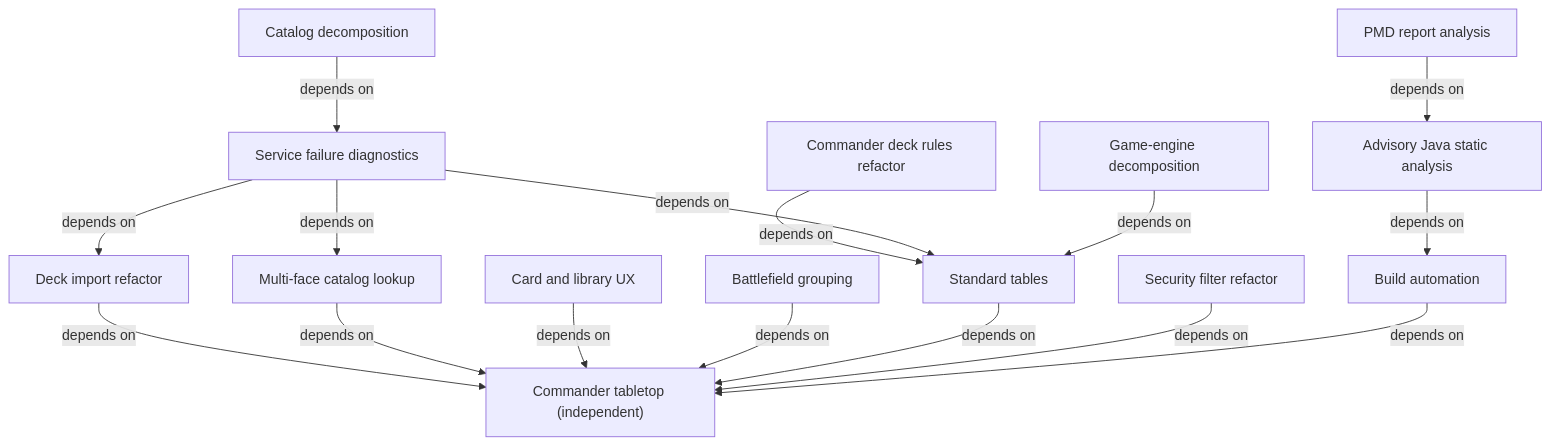
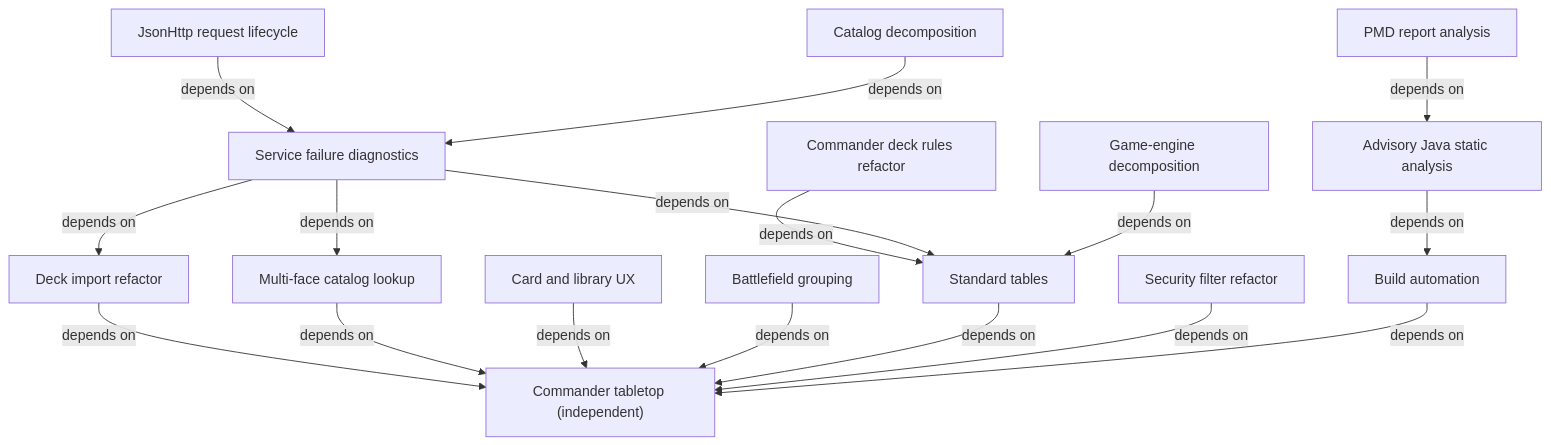
The diagram in spec/INDEX.md (gossagomez-new/mtgcmd), drawn with Mermaid before and after one commit. The commit also changed other lines of this file and 3 other files, not shown here.

Commit message:
refactor(catalog): clarify http lifecycle and isolate request locking

````diff
--- a/spec/INDEX.md
+++ b/spec/INDEX.md
@@ -24,32 +25,34 @@
 ```mermaid
 flowchart TD
     tabletop["Commander tabletop (independent)"]
     build["Build automation"]
     analysis["Advisory Java static analysis"]
     analysis -->|depends on| build
     pmdreview["PMD report analysis"]
     pmdreview -->|depends on| analysis
     imports["Deck import refactor"]
     imports -->|depends on| tabletop
     catalog["Multi-face catalog lookup"]
     catalog -->|depends on| tabletop
     ux["Card and library UX"]
     ux -->|depends on| tabletop
     grouping["Battlefield grouping"]
     grouping -->|depends on| tabletop
     standard["Standard tables"]
     standard -->|depends on| tabletop
     deckrules["Commander deck rules refactor"]
     deckrules -->|depends on| standard
     diagnostics["Service failure diagnostics"]
     diagnostics -->|depends on| imports
     diagnostics -->|depends on| catalog
     diagnostics -->|depends on| standard
+    transport["JsonHttp request lifecycle"]
+    transport -->|depends on| diagnostics
     decomposition["Catalog decomposition"]
     decomposition -->|depends on| diagnostics
     engine["Game-engine decomposition"]
     engine -->|depends on| standard
     security["Security filter refactor"]
     security -->|depends on| tabletop
     build -->|depends on| tabletop
 ```
````
